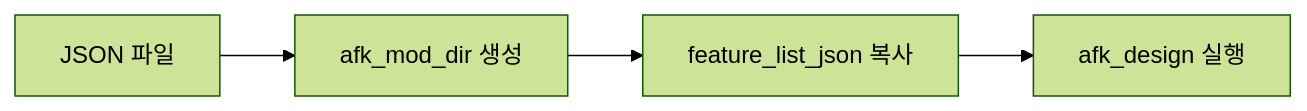
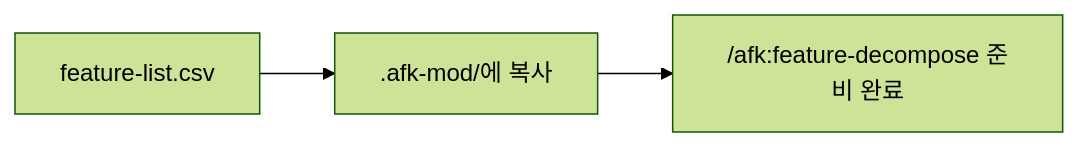
The fourth of 6 diagrams in docs/getting-started.md (robinseo/afk-mod), drawn with Mermaid (forest theme) before and after one commit. The commit also changed other lines of this file and 11 other files, not shown here.

````diff
--- a/docs/getting-started.md
+++ b/docs/getting-started.md
@@ -111,6 +103,5 @@
 ```mermaid
 flowchart LR
-    A[JSON 파일] --> B[afk_mod_dir 생성]
-    B --> C[feature_list_json 복사]
-    C --> D[afk_design 실행]
+    A["feature-list.csv"] --> B[".afk-mod/에 복사"]
+    B --> C["/afk:feature-decompose 준비 완료"]
 ```
````
